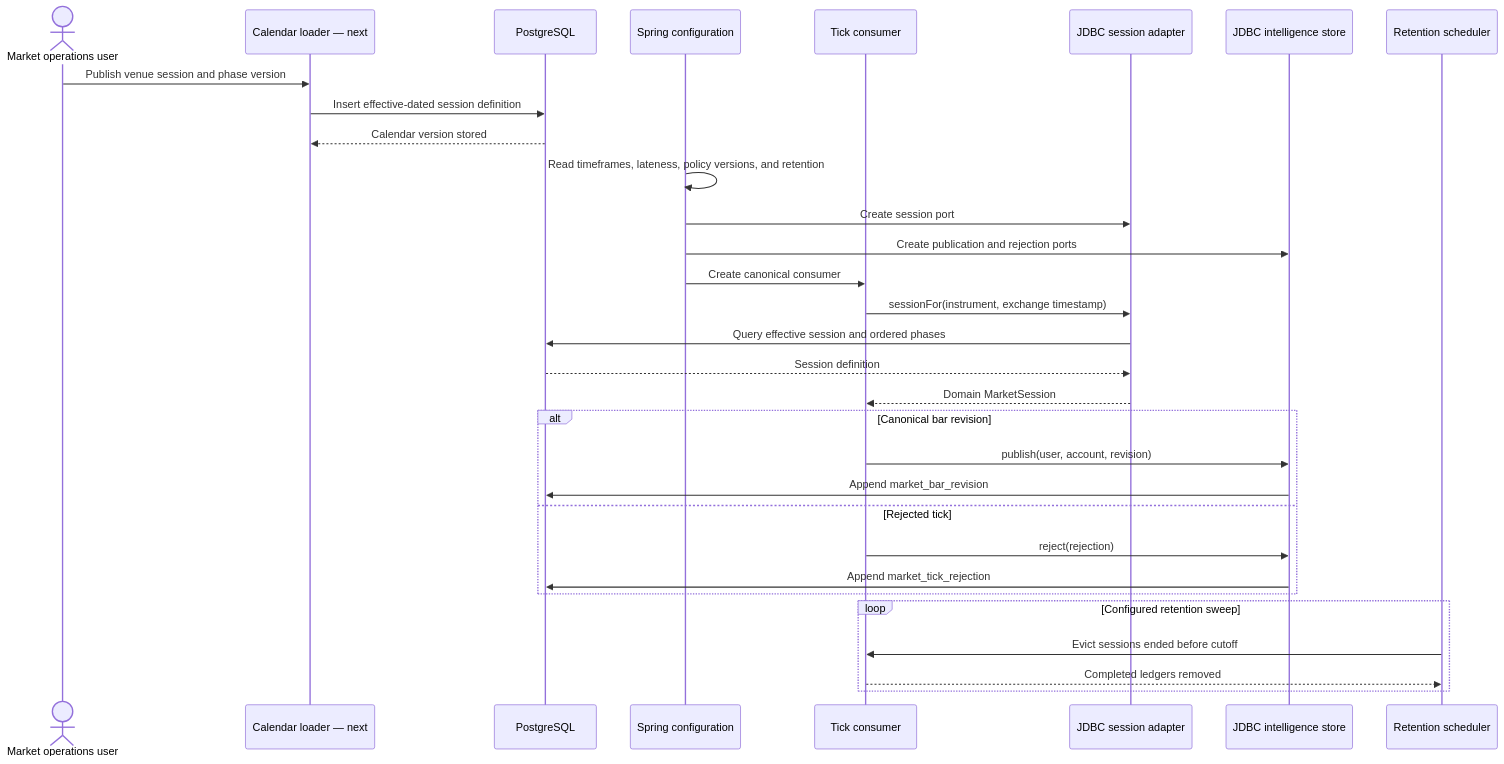
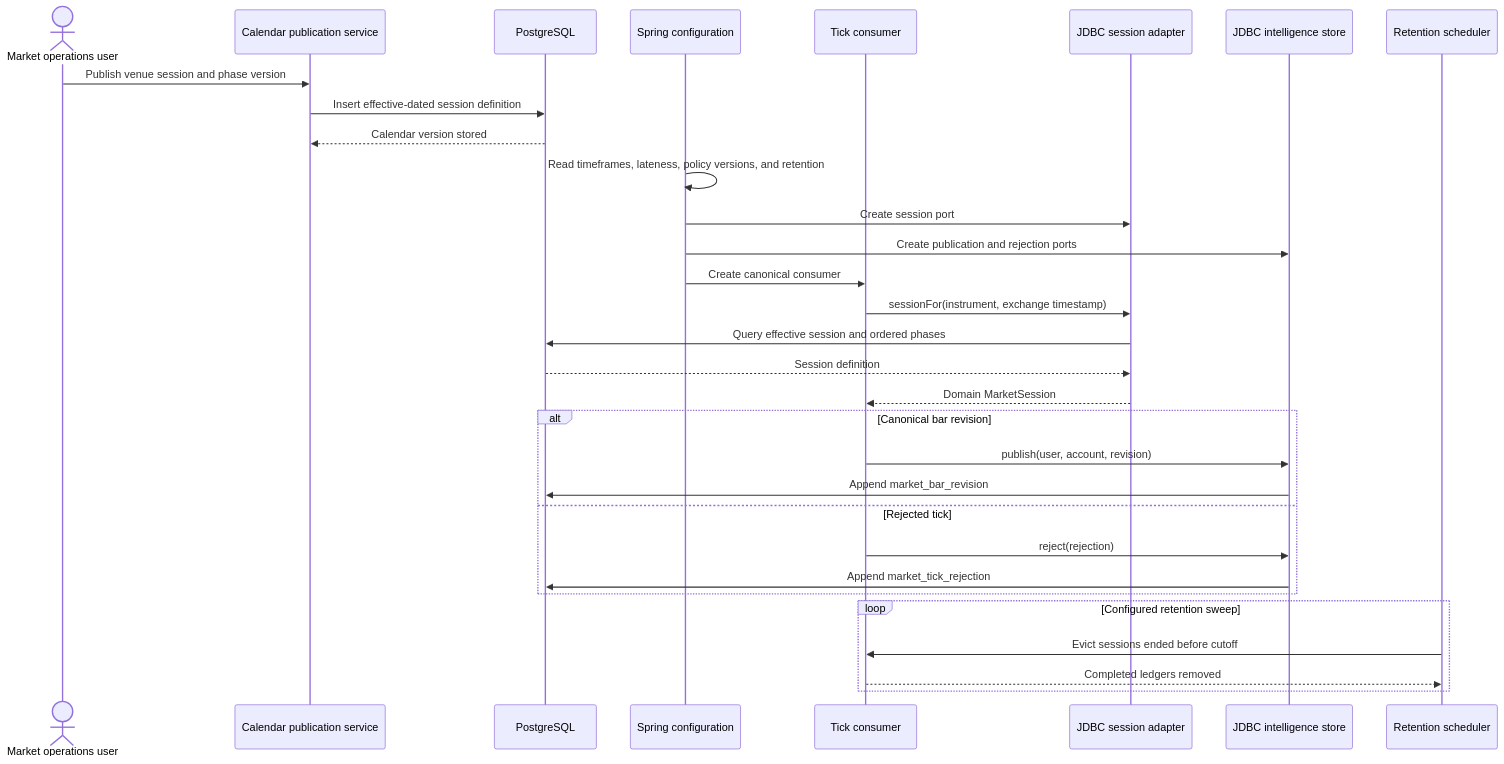
One commit to satyapp/predictiveEdge changed the seventh of 10 diagrams in docs/architecture/core-ai/market-intelligence-user-flows-and-sequences.md. Above: the diagram before and after it, drawn with Mermaid. The commit also changed other lines of this file and 29 other files, not shown here.

````diff
--- a/docs/architecture/core-ai/market-intelligence-user-flows-and-sequences.md
+++ b/docs/architecture/core-ai/market-intelligence-user-flows-and-sequences.md
@@ -204,38 +203,38 @@
 ```mermaid
 sequenceDiagram
     actor Operator as Market operations user
-    participant Loader as Calendar loader — next
+    participant Loader as Calendar publication service
     participant DB as PostgreSQL
     participant Spring as Spring configuration
     participant Consumer as Tick consumer
     participant Calendar as JDBC session adapter
     participant Store as JDBC intelligence store
     participant Reaper as Retention scheduler
 
     Operator->>Loader: Publish venue session and phase version
     Loader->>DB: Insert effective-dated session definition
     DB-->>Loader: Calendar version stored
 
     Spring->>Spring: Read timeframes, lateness, policy versions, and retention
     Spring->>Calendar: Create session port
     Spring->>Store: Create publication and rejection ports
     Spring->>Consumer: Create canonical consumer
 
     Consumer->>Calendar: sessionFor(instrument, exchange timestamp)
     Calendar->>DB: Query effective session and ordered phases
     DB-->>Calendar: Session definition
     Calendar-->>Consumer: Domain MarketSession
 
     alt Canonical bar revision
         Consumer->>Store: publish(user, account, revision)
         Store->>DB: Append market_bar_revision
     else Rejected tick
         Consumer->>Store: reject(rejection)
         Store->>DB: Append market_tick_rejection
     end
 
     loop Configured retention sweep
         Reaper->>Consumer: Evict sessions ended before cutoff
         Consumer-->>Reaper: Completed ledgers removed
     end
 ```
````
